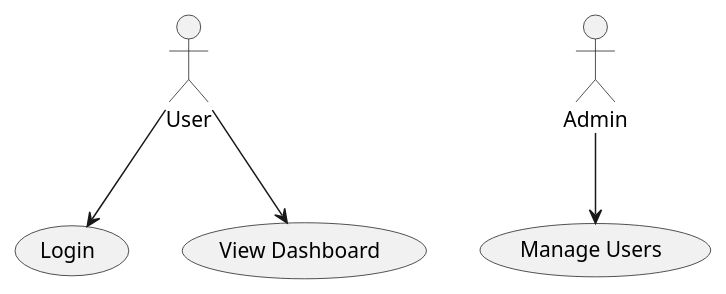
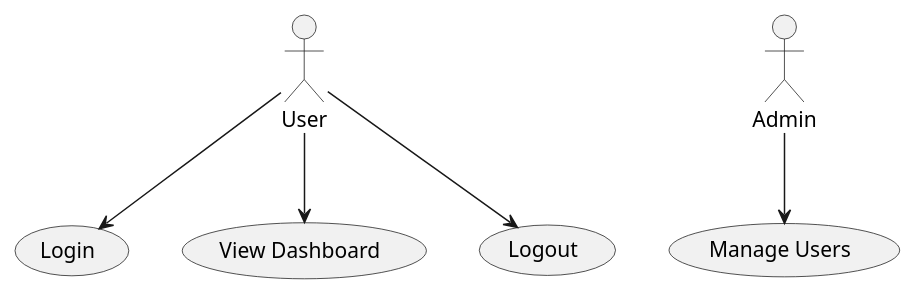
One commit to softwareDesign24/collaborateUML-ucd changed the diagram in diagrams/use-case-1.puml. Above: the diagram before and after it, drawn with PlantUML.

```diff
--- a/diagrams/use-case-1.puml
+++ b/diagrams/use-case-1.puml
@@ -1,5 +1,6 @@
 @startuml
 :User: --> (Login)
 :User: --> (View Dashboard)
+:User: --> (Logout)
 :Admin: --> (Manage Users)
 @enduml
```
